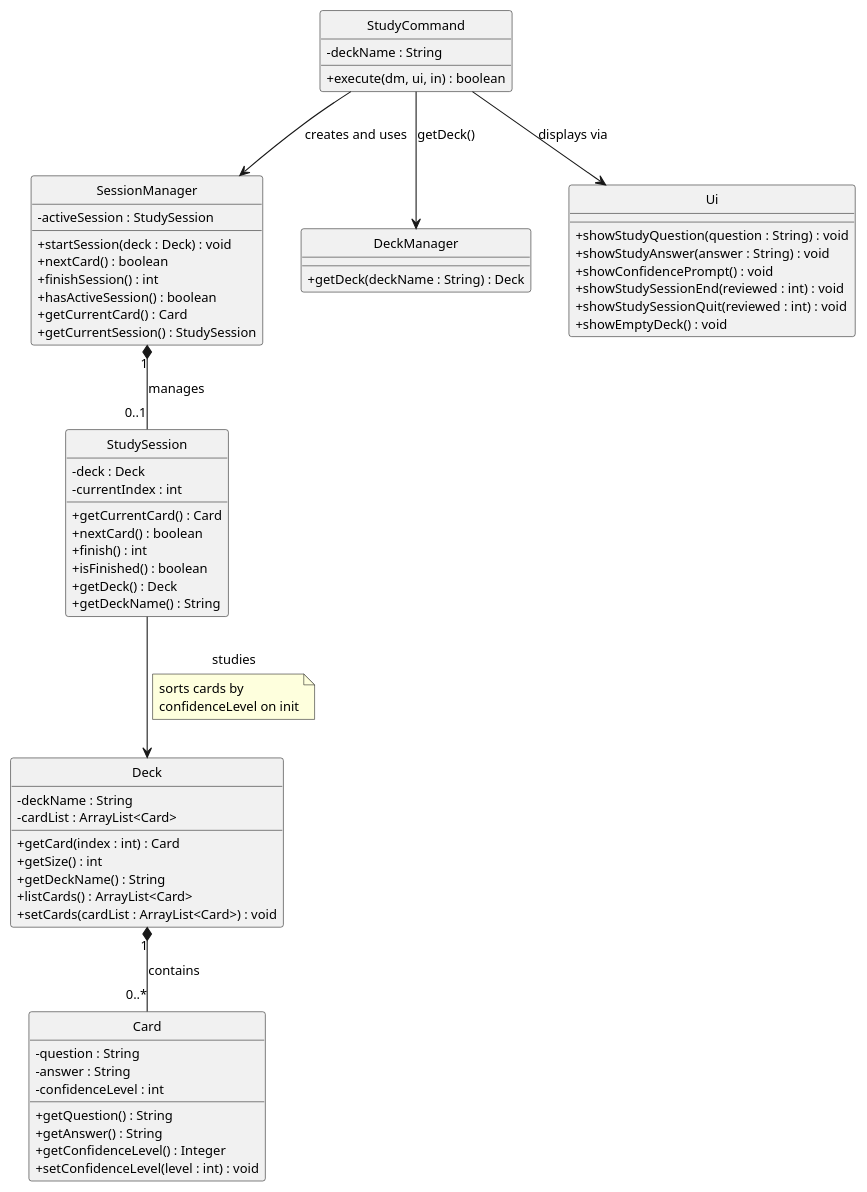
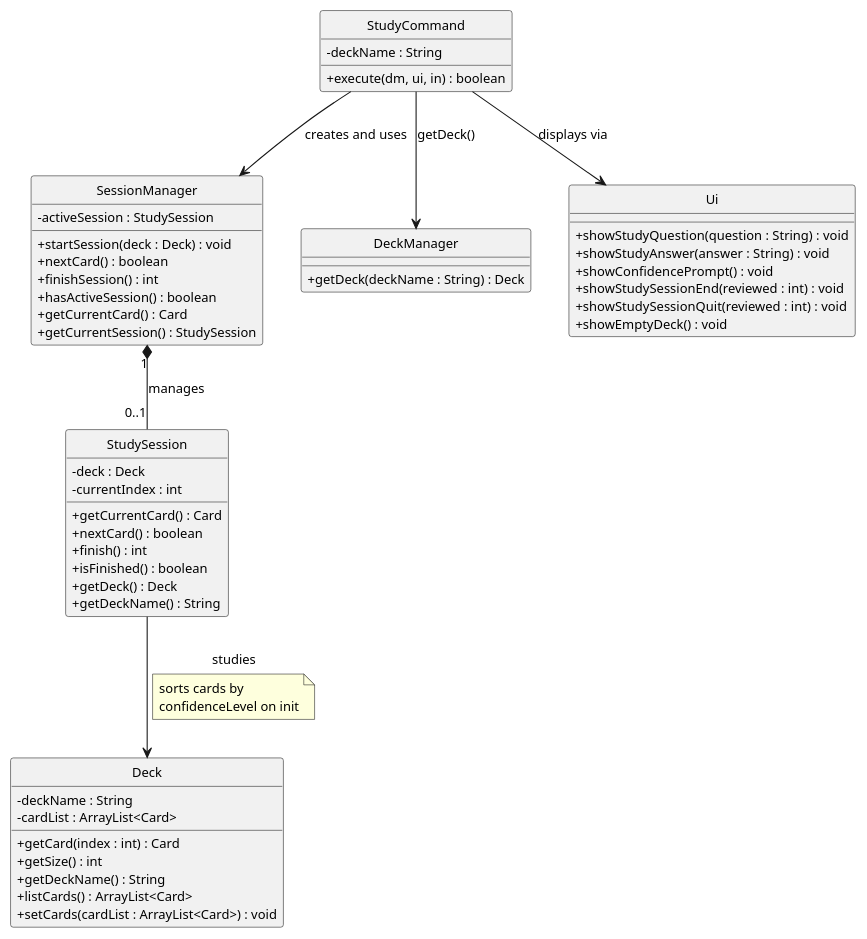
The diagram in docs/diagrams/study_class.puml (yqzzy/tp), drawn with PlantUML before and after one commit. The commit also changed 1 other file, not shown here.

Commit message:
Improve Study class diagram

```diff
--- a/docs/diagrams/study_class.puml
+++ b/docs/diagrams/study_class.puml
@@ -1,81 +1,69 @@
 @startuml
 skinparam classAttributeIconSize 0
 skinparam classFontSize 13
 skinparam arrowFontSize 11
 skinparam defaultFontSize 12
 hide circle
 
 class StudyCommand {
     - deckName : String
     + execute(dm, ui, in) : boolean
 }
 
 class SessionManager {
     - activeSession : StudySession
     + startSession(deck : Deck) : void
     + nextCard() : boolean
     + finishSession() : int
     + hasActiveSession() : boolean
     + getCurrentCard() : Card
     + getCurrentSession() : StudySession
 }
 
 class StudySession {
     - deck : Deck
     - currentIndex : int
     + getCurrentCard() : Card
     + nextCard() : boolean
     + finish() : int
     + isFinished() : boolean
     + getDeck() : Deck
     + getDeckName() : String
 }
 
 class DeckManager {
     + getDeck(deckName : String) : Deck
 }
 
 class Deck {
     - deckName : String
     - cardList : ArrayList<Card>
     + getCard(index : int) : Card
     + getSize() : int
     + getDeckName() : String
     + listCards() : ArrayList<Card>
     + setCards(cardList : ArrayList<Card>) : void
 }
 
-class Card {
-    - question : String
-    - answer : String
-    - confidenceLevel : int
-    + getQuestion() : String
-    + getAnswer() : String
-    + getConfidenceLevel() : Integer
-    + setConfidenceLevel(level : int) : void
-}
-
 class Ui {
     + showStudyQuestion(question : String) : void
     + showStudyAnswer(answer : String) : void
     + showConfidencePrompt() : void
     + showStudySessionEnd(reviewed : int) : void
     + showStudySessionQuit(reviewed : int) : void
     + showEmptyDeck() : void
 }
 
 StudyCommand --> SessionManager : creates and uses
 StudyCommand --> DeckManager : getDeck()
 StudyCommand --> Ui : displays via
 
 SessionManager "1" *-- "0..1" StudySession : manages
 
 StudySession --> Deck : studies
 note on link
   sorts cards by
   confidenceLevel on init
 end note
 
-Deck "1" *-- "0..*" Card : contains
-
 @enduml
```
